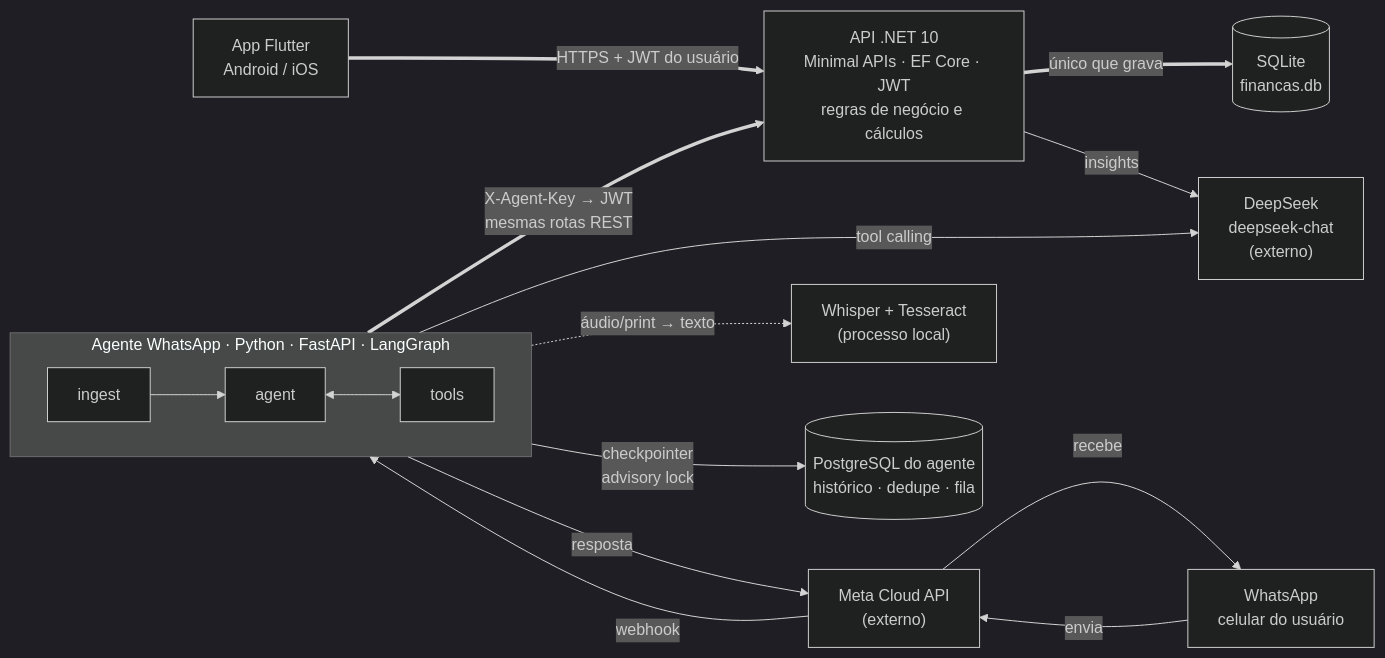
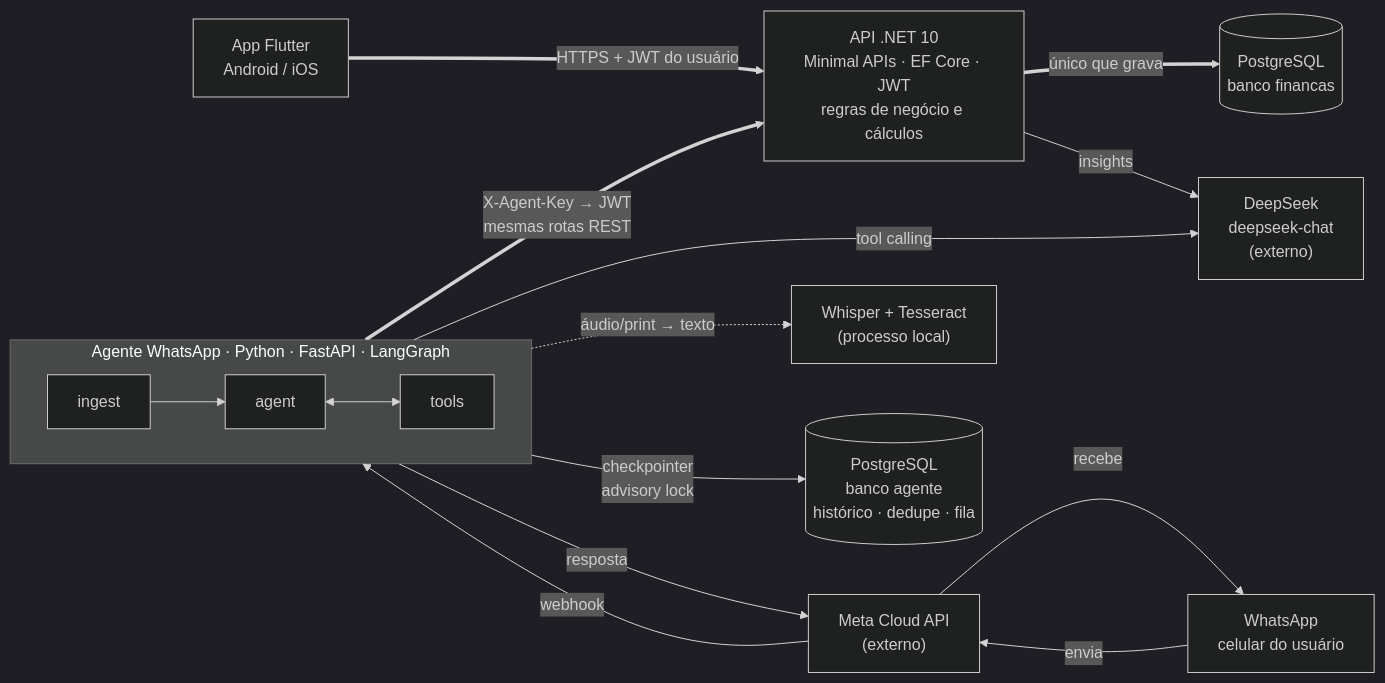
One commit to Williansouzh/economize changed the first of 6 diagrams in docs/ARQUITETURA.md. Above: the diagram before and after it, drawn with Mermaid (dark theme). The commit also changed other lines of this file and 21 other files, not shown here.

First line of the commit message:
API em PostgreSQL com migrations e suporte a várias réplicas

````diff
--- a/docs/ARQUITETURA.md
+++ b/docs/ARQUITETURA.md
@@ -21,28 +21,28 @@
 ```mermaid
 flowchart LR
   APP["App Flutter<br/>Android / iOS"]
   WA["WhatsApp<br/>celular do usuário"]
   META["Meta Cloud API<br/>(externo)"]
   API["API .NET 10<br/>Minimal APIs · EF Core · JWT<br/>regras de negócio e cálculos"]
-  DB[("SQLite<br/>financas.db")]
+  DB[("PostgreSQL<br/>banco financas")]
   DS["DeepSeek<br/>deepseek-chat<br/>(externo)"]
   subgraph AGENTE["Agente WhatsApp · Python · FastAPI · LangGraph"]
     direction LR
     I[ingest] --> AG[agent]
     AG <--> T[tools]
   end
   MED["Whisper + Tesseract<br/>(processo local)"]
-  PG[("PostgreSQL do agente<br/>histórico · dedupe · fila")]
+  PG[("PostgreSQL<br/>banco agente<br/>histórico · dedupe · fila")]
 
   APP == "HTTPS + JWT do usuário" ==> API
   API == "único que grava" ==> DB
   AGENTE == "X-Agent-Key → JWT<br/>mesmas rotas REST" ==> API
   API -- "insights" --> DS
   AGENTE -- "tool calling" --> DS
   WA -- "envia" --> META
   META -- "webhook" --> AGENTE
   AGENTE -- "resposta" --> META
   META -- "recebe" --> WA
   AGENTE -. "áudio/print → texto" .-> MED
   AGENTE -- "checkpointer<br/>advisory lock" --> PG
 ```
````
